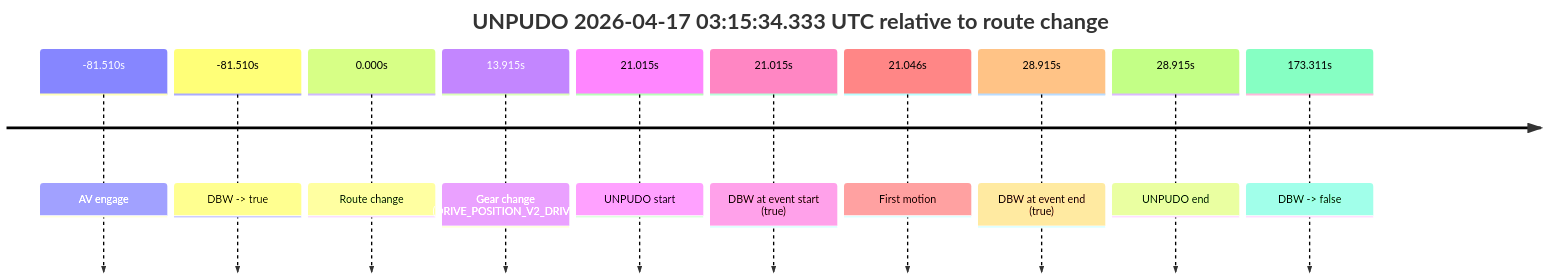
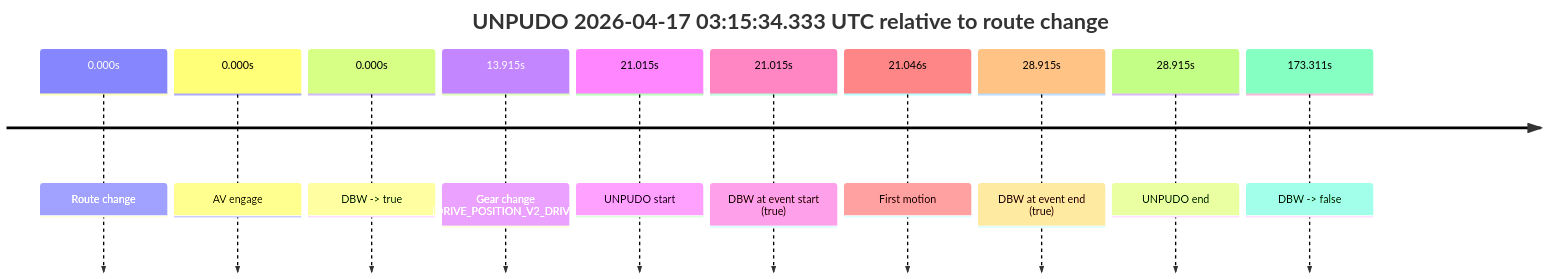
The third of 4 diagrams in model_analysis/report_cards/2026/04/Week-3/fme10003--2026-04-17--02-42-19--gen2-av-188a141e-4d8d-4369-9830-3cbd631fdcfc.md (yoelshapiro/vault), drawn with Mermaid before and after one commit. The commit also changed other lines of this file and 41 other files, not shown here.

````diff
--- a/model_analysis/report_cards/2026/04/Week-3/fme10003--2026-04-17--02-42-19--gen2-av-188a141e-4d8d-4369-9830-3cbd631fdcfc.md
+++ b/model_analysis/report_cards/2026/04/Week-3/fme10003--2026-04-17--02-42-19--gen2-av-188a141e-4d8d-4369-9830-3cbd631fdcfc.md
@@ -136,14 +227,14 @@
 ```mermaid
 timeline
     title UNPUDO 2026-04-17 03:15:34.333 UTC relative to route change
-    -81.510s : AV engage
-    -81.510s : DBW -> true
     0.000s : Route change
+    0.000s : AV engage
+    0.000s : DBW -> true
     13.915s : Gear change (DRIVE_POSITION_V2_DRIVE)
     21.015s : UNPUDO start
     21.015s : DBW at event start (true)
     21.046s : First motion
     28.915s : DBW at event end (true)
     28.915s : UNPUDO end
     173.311s : DBW -> false
 ```
````
